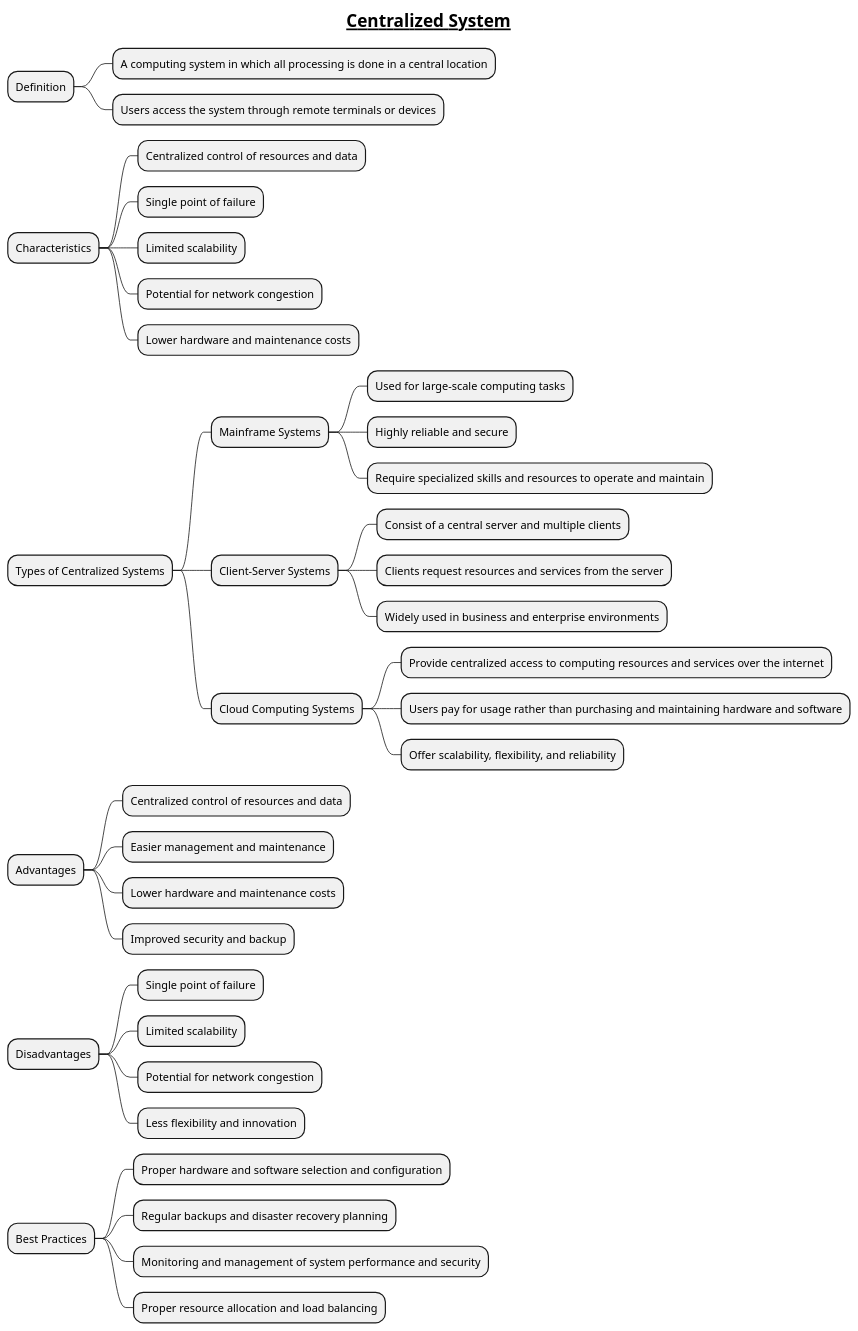
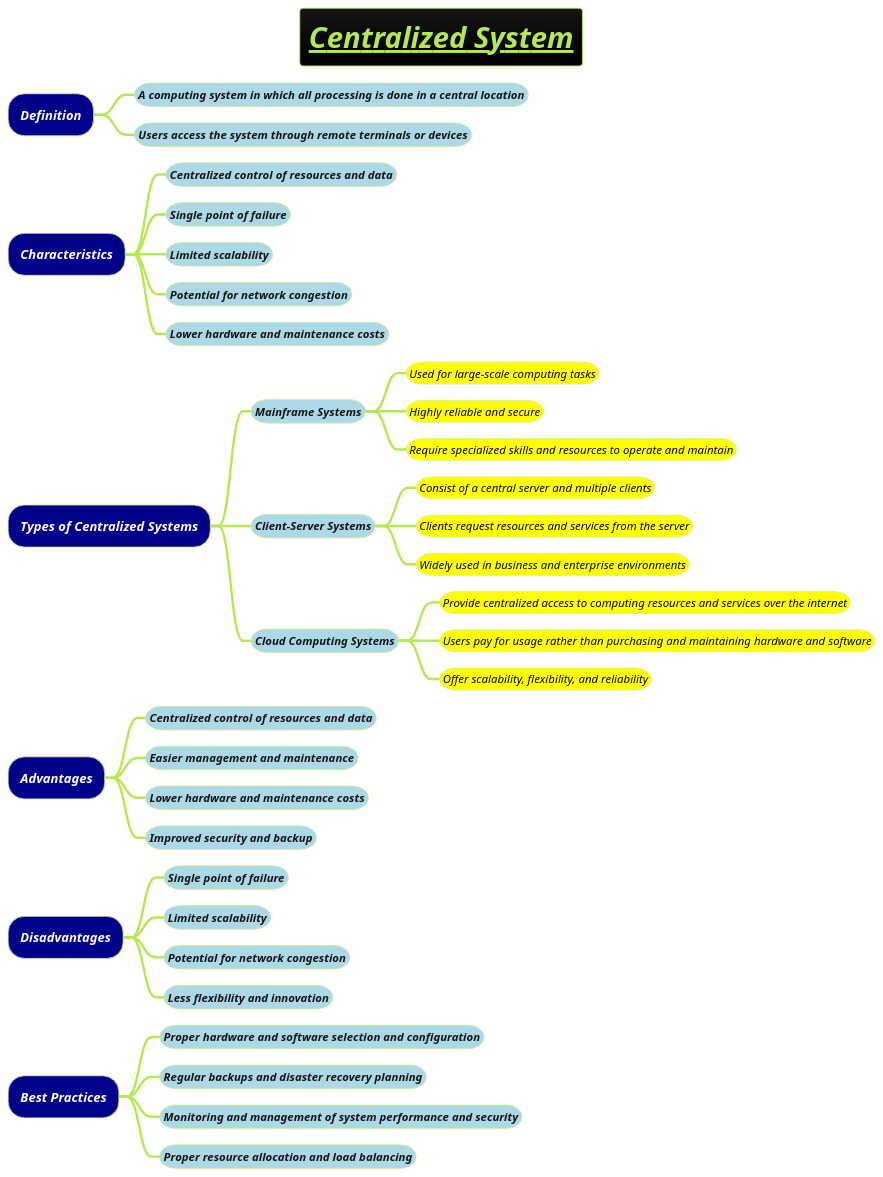
Before and after one commit to MehmoodHashmi/Documentation-as-Code-DaC: the diagram in docs/1-Requirement-Engineering/levels-of-distributed-system/Centralized-System.puml, drawn with PlantUML. The commit also changed 7 other files, not shown here.

```diff
--- a/docs/1-Requirement-Engineering/levels-of-distributed-system/Centralized-System.puml
+++ b/docs/1-Requirement-Engineering/levels-of-distributed-system/Centralized-System.puml
@@ -2,46 +1,52 @@
 @startmindmap
-title =__Centralized System__
+title =<i><b><u>Centralized System
+!theme hacker
 
-* Definition
-** A computing system in which all processing is done in a central location
-** Users access the system through remote terminals or devices
 
-* Characteristics
-** Centralized control of resources and data
-** Single point of failure
-** Limited scalability
-** Potential for network congestion
-** Lower hardware and maintenance costs
 
-* Types of Centralized Systems
-** Mainframe Systems
-*** Used for large-scale computing tasks
-*** Highly reliable and secure
-*** Require specialized skills and resources to operate and maintain
-** Client-Server Systems
-*** Consist of a central server and multiple clients
-*** Clients request resources and services from the server
-*** Widely used in business and enterprise environments
-** Cloud Computing Systems
-*** Provide centralized access to computing resources and services over the internet
-*** Users pay for usage rather than purchasing and maintaining hardware and software
-*** Offer scalability, flexibility, and reliability
 
-* Advantages
-** Centralized control of resources and data
-** Easier management and maintenance
-** Lower hardware and maintenance costs
-** Improved security and backup
 
-* Disadvantages
-** Single point of failure
-** Limited scalability
-** Potential for network congestion
-** Less flexibility and innovation
 
-* Best Practices
-** Proper hardware and software selection and configuration
-** Regular backups and disaster recovery planning
-** Monitoring and management of system performance and security
-** Proper resource allocation and load balancing
+*[#darkblue] <i><color:white>Definition
+**[#lightblue] <i><color #blac><size:14>A computing system in which all processing is done in a central location
+**[#lightblue] <i><color #blac><size:14>Users access the system through remote terminals or devices
+
+*[#darkblue] <i><color:white>Characteristics
+**[#lightblue] <i><color #blac><size:14>Centralized control of resources and data
+**[#lightblue] <i><color #blac><size:14>Single point of failure
+**[#lightblue] <i><color #blac><size:14>Limited scalability
+**[#lightblue] <i><color #blac><size:14>Potential for network congestion
+**[#lightblue] <i><color #blac><size:14>Lower hardware and maintenance costs
+
+*[#darkblue] <i><color:white>Types of Centralized Systems
+**[#lightblue] <i><color #blac><size:14>Mainframe Systems
+***[#yellow] <i><color #black><size:14>Used for large-scale computing tasks
+***[#yellow] <i><color #black><size:14>Highly reliable and secure
+***[#yellow] <i><color #black><size:14>Require specialized skills and resources to operate and maintain
+**[#lightblue] <i><color #blac><size:14>Client-Server Systems
+***[#yellow] <i><color #black><size:14>Consist of a central server and multiple clients
+***[#yellow] <i><color #black><size:14>Clients request resources and services from the server
+***[#yellow] <i><color #black><size:14>Widely used in business and enterprise environments
+**[#lightblue] <i><color #blac><size:14>Cloud Computing Systems
+***[#yellow] <i><color #black><size:14>Provide centralized access to computing resources and services over the internet
+***[#yellow] <i><color #black><size:14>Users pay for usage rather than purchasing and maintaining hardware and software
+***[#yellow] <i><color #black><size:14>Offer scalability, flexibility, and reliability
+
+*[#darkblue] <i><color:white>Advantages
+**[#lightblue] <i><color #blac><size:14>Centralized control of resources and data
+**[#lightblue] <i><color #blac><size:14>Easier management and maintenance
+**[#lightblue] <i><color #blac><size:14>Lower hardware and maintenance costs
+**[#lightblue] <i><color #blac><size:14>Improved security and backup
+
+*[#darkblue] <i><color:white>Disadvantages
+**[#lightblue] <i><color #blac><size:14>Single point of failure
+**[#lightblue] <i><color #blac><size:14>Limited scalability
+**[#lightblue] <i><color #blac><size:14>Potential for network congestion
+**[#lightblue] <i><color #blac><size:14>Less flexibility and innovation
+
+*[#darkblue] <i><color:white>Best Practices
+**[#lightblue] <i><color #blac><size:14>Proper hardware and software selection and configuration
+**[#lightblue] <i><color #blac><size:14>Regular backups and disaster recovery planning
+**[#lightblue] <i><color #blac><size:14>Monitoring and management of system performance and security
+**[#lightblue] <i><color #blac><size:14>Proper resource allocation and load balancing
 @endmindmap
```
